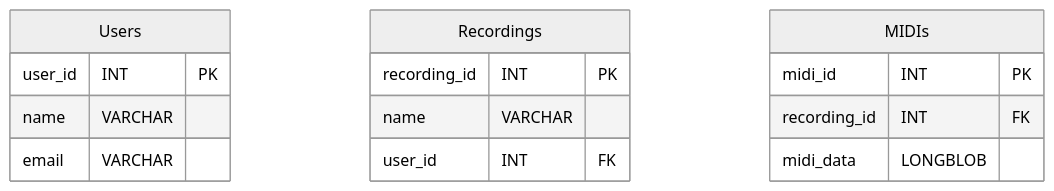
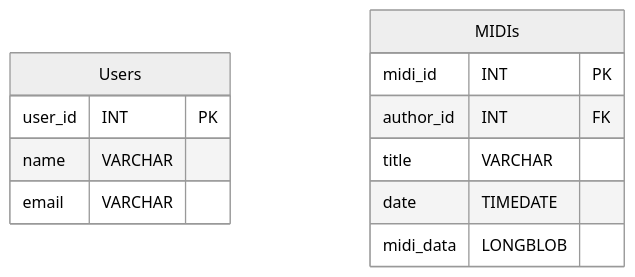
Before and after one commit to bengoh815/cs506-project: the second of 6 diagrams in README.md, drawn with Mermaid (neutral theme). The commit also changed other lines of this file and 1 other file, not shown here.

Commit message:
Updated class orm

````diff
--- a/README.md
+++ b/README.md
@@ -110,21 +110,17 @@
 ```mermaid
 erDiagram
     Users {
         user_id INT PK
         name VARCHAR
         email VARCHAR
     }
 
-    Recordings {
-        recording_id INT PK
-        name VARCHAR
-        user_id INT FK
-    }
-
     MIDIs {
         midi_id INT PK
-        recording_id INT FK
+        author_id INT FK
+        title VARCHAR
+        date TIMEDATE
         midi_data LONGBLOB
     }
 
 ```
````
